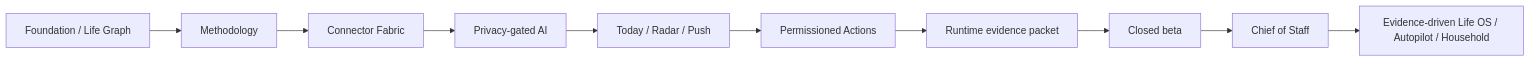
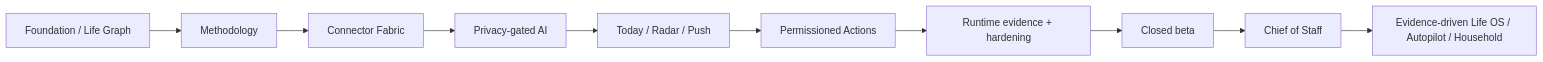
One commit to seq23/aplayer-mode changed the second of 2 diagrams in docs/README.md. Above: the diagram before and after it, drawn with Mermaid. The commit also changed other lines of this file, not shown here.

Commit message:
docs: index runtime evidence hardening

````diff
--- a/docs/README.md
+++ b/docs/README.md
@@ -81,12 +82,12 @@
 ```mermaid
 flowchart LR
   BASE[Foundation / Life Graph] --> METHOD[Methodology]
   METHOD --> CONNECT[Connector Fabric]
   CONNECT --> AI[Privacy-gated AI]
   AI --> PROACTIVE[Today / Radar / Push]
   PROACTIVE --> ACTIONS[Permissioned Actions]
-  ACTIONS --> PROOF[Runtime evidence packet]
+  ACTIONS --> PROOF[Runtime evidence + hardening]
   PROOF --> BETA[Closed beta]
   BETA --> PAID[Chief of Staff]
   PAID --> LIFE[Evidence-driven Life OS / Autopilot / Household]
 ```
````
